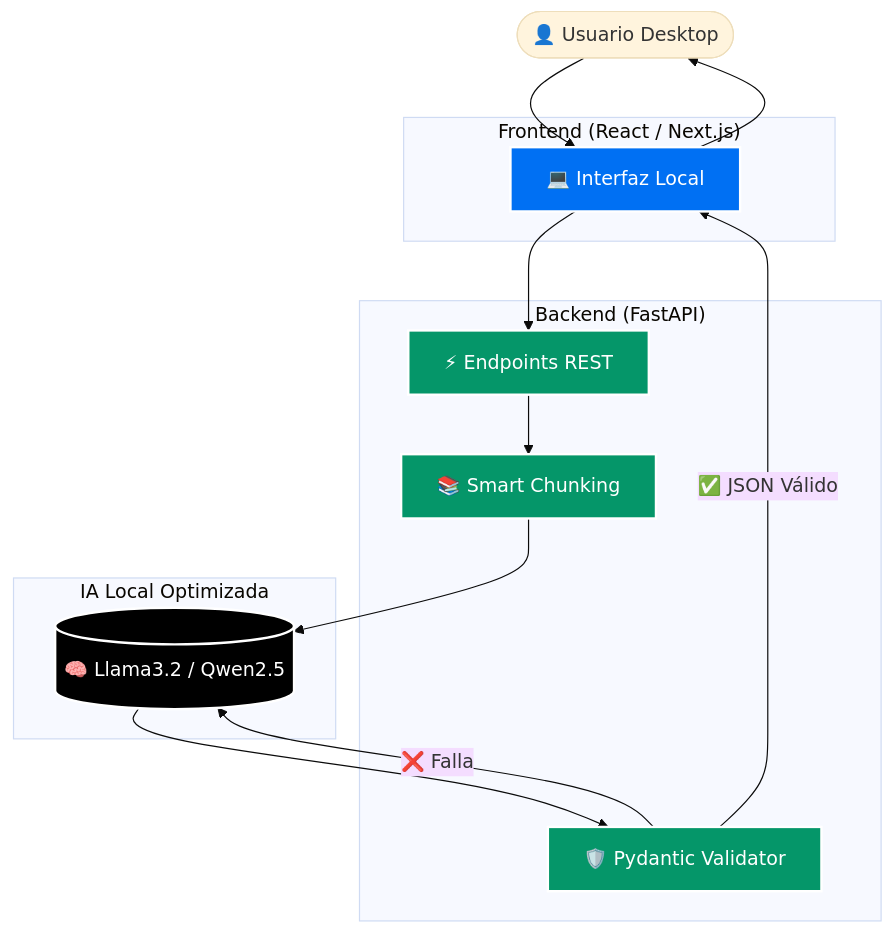
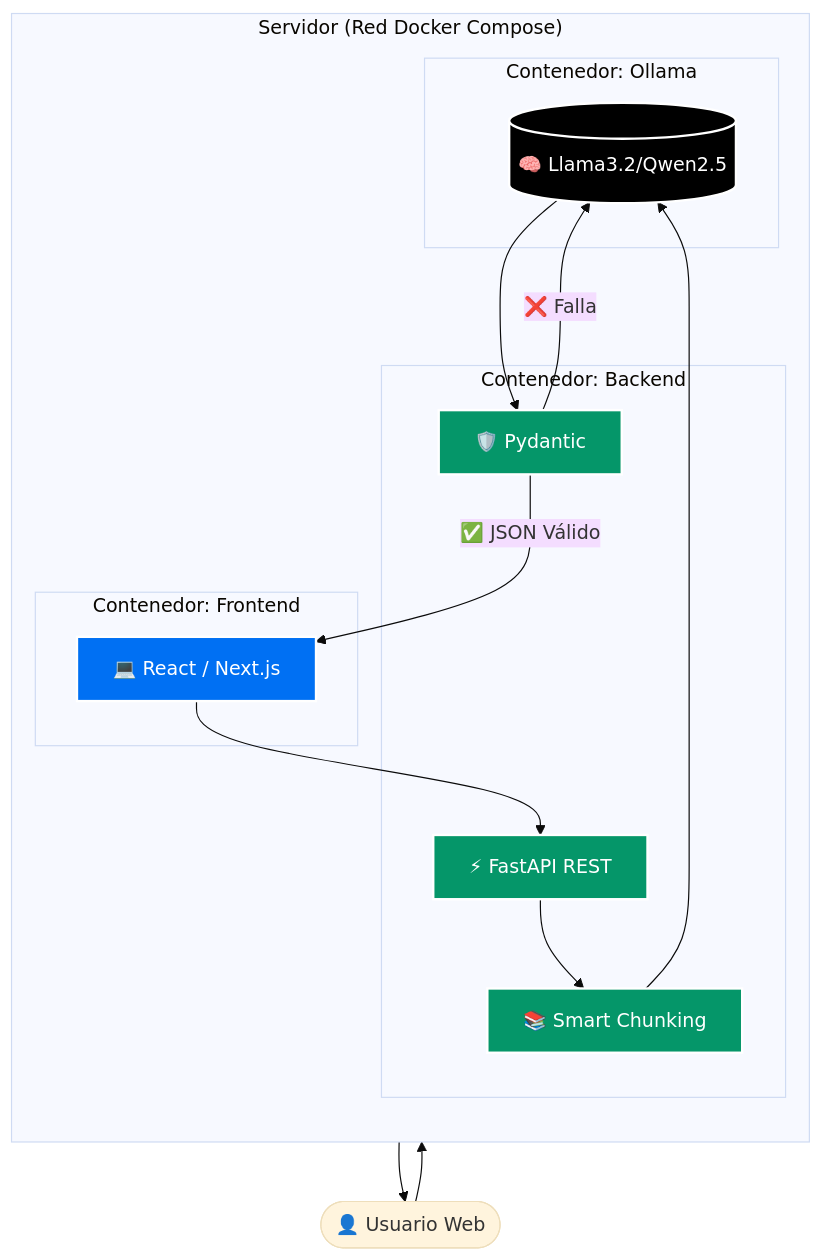
The diagram in README.md (mbaigorriaia-design/minutas-iaV1), drawn with Mermaid (base theme) before and after one commit.

Commit message:
Docs: Refinar diagramas Mermaid para reflejar infraestructura en servidor Docker

````diff
--- a/README.md
+++ b/README.md
@@ -15,31 +15,35 @@
 ```mermaid
 graph TD
     classDef frontend fill:#0070f3,stroke:#fff,stroke-width:2px,color:#fff;
     classDef backend fill:#059669,stroke:#fff,stroke-width:2px,color:#fff;
     classDef llm fill:#000000,stroke:#fff,stroke-width:2px,color:#fff;
+    classDef server fill:#f5f5f5,stroke:#9e9e9e,stroke-width:2px,stroke-dasharray: 5 5;
 
-    User([👤 Usuario Desktop])
+    User([👤 Usuario Web])
     
-    subgraph "Frontend (React / Next.js)"
-        UI[💻 Interfaz Local]:::frontend
-    end
-    
-    subgraph "Backend (FastAPI)"
-        API[⚡ Endpoints REST]:::backend
-        Validator[🛡️ Pydantic Validator]:::backend
-        Chunker[📚 Smart Chunking]:::backend
-    end
-    
-    subgraph "IA Local Optimizada"
-        Ollama[(🧠 Llama3.2 / Qwen2.5)]:::llm
+    subgraph "Servidor (Red Docker Compose)"
+        direction TB
+        subgraph "Contenedor: Frontend"
+            UI[💻 React / Next.js]:::frontend
+        end
+        
+        subgraph "Contenedor: Backend"
+            API[⚡ FastAPI REST]:::backend
+            Validator[🛡️ Pydantic]:::backend
+            Chunker[📚 Smart Chunking]:::backend
+        end
+        
+        subgraph "Contenedor: Ollama"
+            Ollama[(🧠 Llama3.2/Qwen2.5)]:::llm
+        end
     end
 
     User --> UI
     UI --> API
     API --> Chunker
     Chunker --> Ollama
     Ollama --> Validator
     Validator -- "❌ Falla" --> Ollama
     Validator -- "✅ JSON Válido" --> UI
     UI --> User
 ```
````
